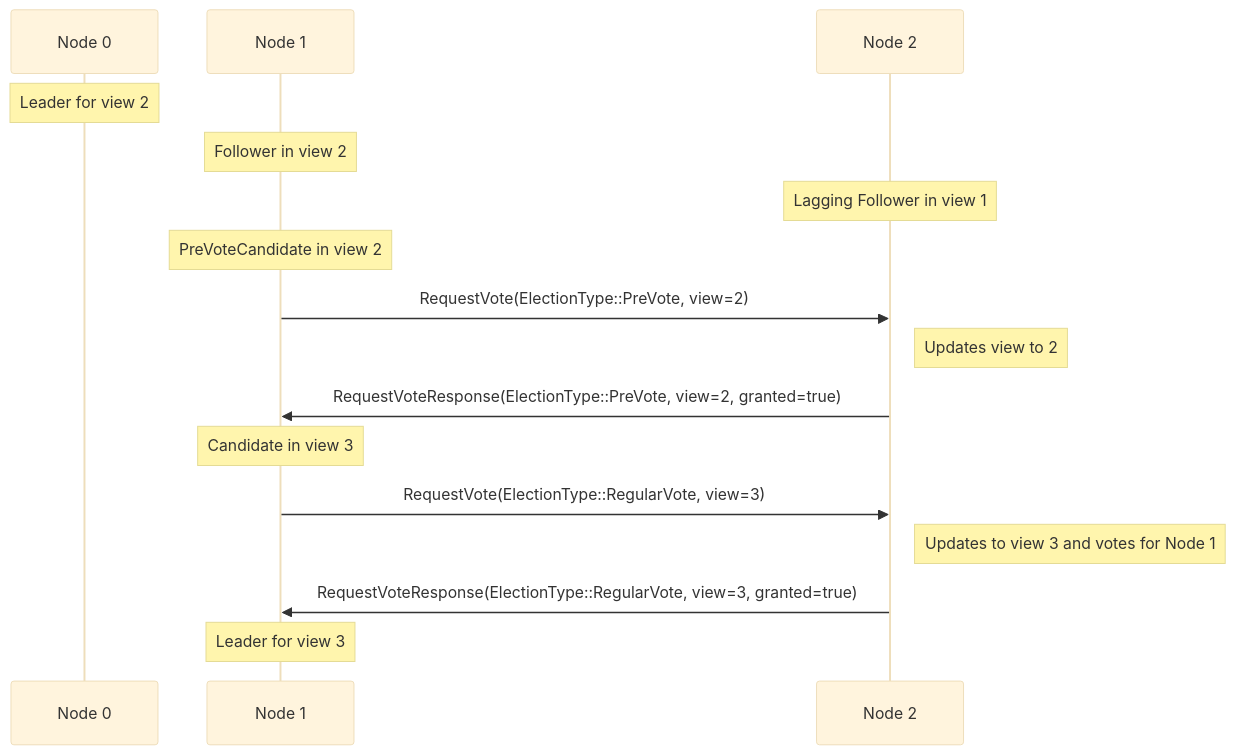
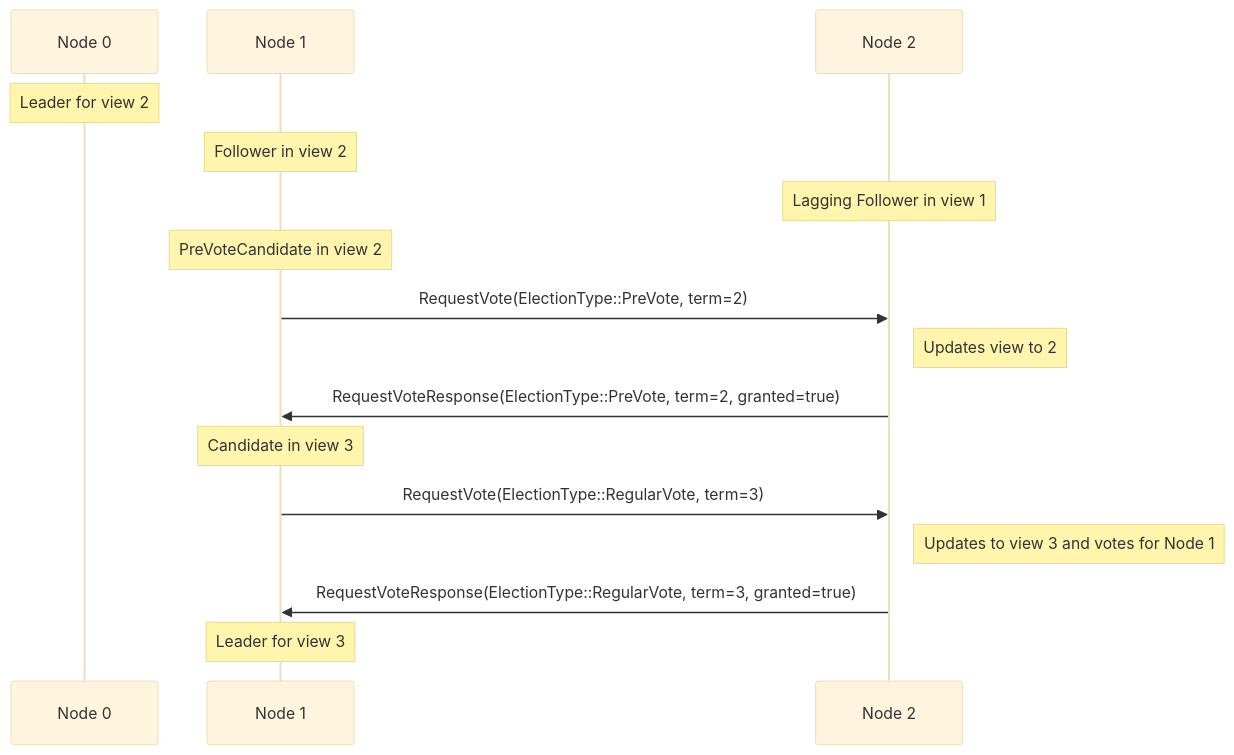
The seventh of 7 diagrams in doc/architecture/consensus/index.rst (microsoft/CCF), drawn with Mermaid (base theme) before and after one commit. The commit also changed other lines of this file, not shown here.

Commit message:
Fix mermaid diagrams to use term= for wire message fields

```diff
--- a/doc/architecture/consensus/index.rst
+++ b/doc/architecture/consensus/index.rst
@@ -249,24 +249,24 @@
 .. mermaid::
 
     sequenceDiagram
         participant Node 0
         participant Node 1
         participant Node 2
 
         Note over Node 0: Leader for view 2
         Note over Node 1: Follower in view 2
         Note over Node 2: Lagging Follower in view 1
 
         Note over Node 1: PreVoteCandidate in view 2
-        Node 1 ->> Node 2: RequestVote(ElectionType::PreVote, view=2)
+        Node 1 ->> Node 2: RequestVote(ElectionType::PreVote, term=2)
 
         Note right of Node 2: Updates view to 2
-        Node 2 ->> Node 1: RequestVoteResponse(ElectionType::PreVote, view=2, granted=true)
+        Node 2 ->> Node 1: RequestVoteResponse(ElectionType::PreVote, term=2, granted=true)
 
         Note over Node 1: Candidate in view 3
-        Node 1 ->> Node 2: RequestVote(ElectionType::RegularVote, view=3)
+        Node 1 ->> Node 2: RequestVote(ElectionType::RegularVote, term=3)
 
         Note right of Node 2: Updates to view 3 and votes for Node 1
-        Node 2 ->> Node 1: RequestVoteResponse(ElectionType::RegularVote, view=3, granted=true)
+        Node 2 ->> Node 1: RequestVoteResponse(ElectionType::RegularVote, term=3, granted=true)
 
         Note over Node 1: Leader for view 3
```
